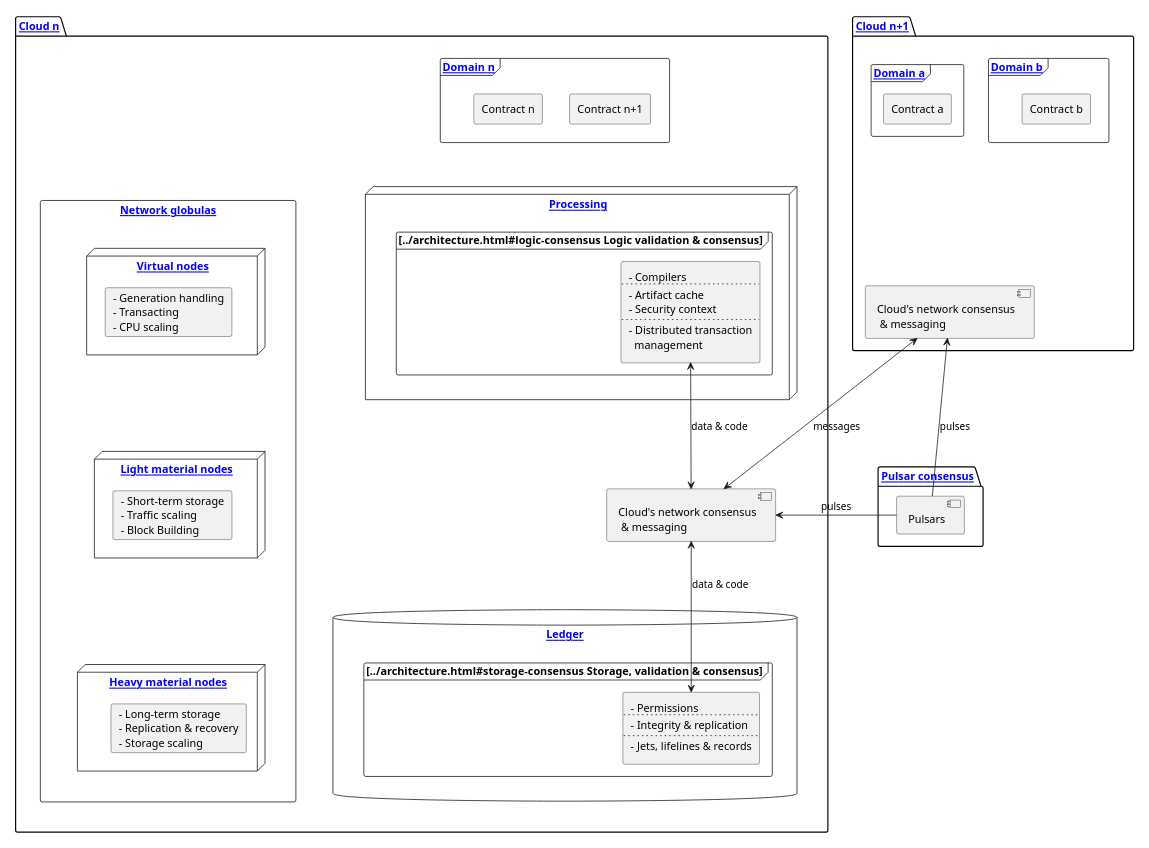
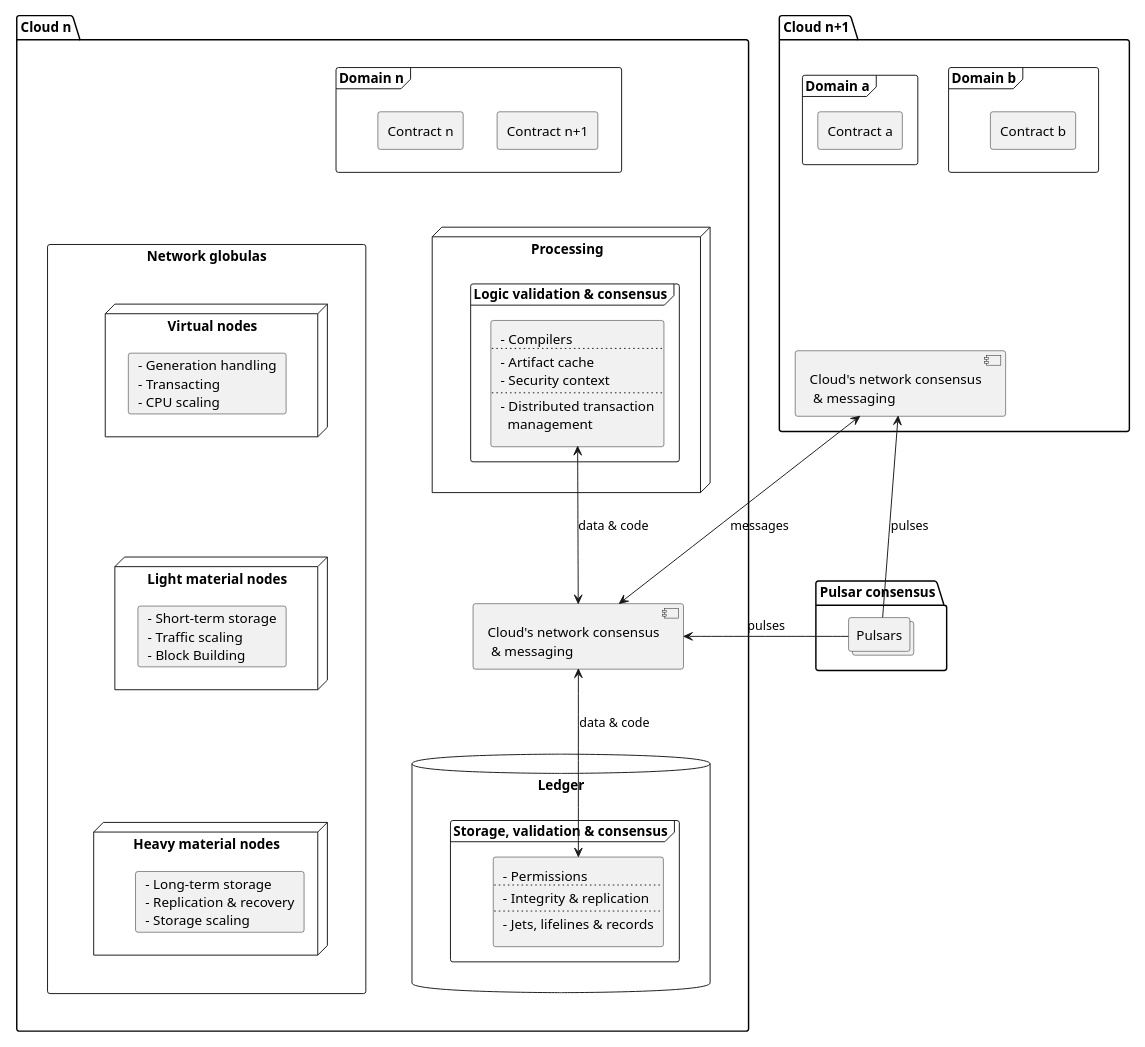
Before and after one commit to sofiayem/rtd-doc-tests: the first of 5 diagrams in docs/source/architecture.rst, drawn with PlantUML. The commit also changed other lines of this file, not shown here.

```diff
--- a/docs/source/architecture.rst
+++ b/docs/source/architecture.rst
@@ -36,43 +36,43 @@
    scale 750 width
    
    together {
-     package "[[../architecture.html#pulsar-consensus Pulsar consensus]]" as pcon {
-       card [Pulsars] [[../architecture.html#pulsars]]
+     package "Pulsar consensus" as pcon [[../architecture.html#pulsar-consensus]] {
+       collections Pulsars [[../architecture.html#pulsars]]
      }
-     package "[[../architecture.html#fed-of-clouds Cloud n+1]]" as cloudnext {
+     package "Cloud n+1" as cloudnext [[../architecture.html#fed-of-clouds]] {
        card [Cloud's network consensus\n & messaging] as nextnet [[../architecture.html#network-consensus]]
-       frame "[[../architecture.html#domains Domain b]]" as domb {
+       frame "Domain b" as domb [[../architecture.html#domains]] {
          rectangle "Contract b" as cntrctb [[../architecture.html#contracts]]
        }
-       frame "[[../architecture.html#domains Domain a]]" as doma {
+       frame "Domain a" as doma [[../architecture.html#domains ]] {
          rectangle "Contract a" as cntrcta [[../architecture.html#contracts]]
        }
        cntrctb -[hidden]d- nextnet
        cntrcta -[hidden]d- nextnet
-       [Pulsars] -u-> nextnet : pulses
+       Pulsars -u-> nextnet : pulses
      }
    }
-   package "[[../architecture.html#fed-of-clouds Cloud n]]" as cloudn {
-       frame "[[../architecture.html#domains Domain n]]" as domn {
+   package "Cloud n" as cloudn [[../architecture.html#fed-of-clouds]] {
+       frame "Domain n" as domn [[../architecture.html#domains]] {
          rectangle "Contract n+1" as cntrctnext [[../architecture.html#contracts]]
          rectangle "Contract n" as cntrctne [[../architecture.html#contracts]]
        }
-       rectangle "[[../architecture.html#globulas Network globulas]]" as globula {
-         node "[[../architecture.html#virtual Virtual nodes]]" as vn {
+       rectangle "Network globulas" as globula [[../architecture.html#globulas]] {
+         node "Virtual nodes" as vn [[../architecture.html#virtual]] {
              card vcard [
                - Generation handling
                - Transacting
                - CPU scaling
              ]
          }
-         node "[[../architecture.html#light-material Light material nodes]]" as ln {
+         node "Light material nodes" as ln [[../architecture.html#light-material]] {
              card lcard [
                - Short-term storage
                - Traffic scaling
                - Block Building
              ]
          }
-         node "[[../architecture.html#heavy-material Heavy material nodes]]" as hn {
+         node "Heavy material nodes" as hn [[../architecture.html#heavy-material]] {
              card hcard [
                - Long-term storage
                - Replication & recovery
@@ -82,8 +82,8 @@
       }
       together {
       card [Cloud's network consensus\n & messaging] as net [[../architecture.html#network-consensus]]
-      database "[[../architecture.html#ledger Ledger]]" as db {
-         frame "[[../architecture.html#storage-consensus Storage, validation & consensus]]" {
+      database "Ledger" as db [[../architecture.html#ledger]] {
+         frame "Storage, validation & consensus" [[../architecture.html#storage-consensus]] {
          rectangle ldgr [
            - Permissions
            ....
@@ -93,8 +93,8 @@
          ]
          }
       }
-      node "[[../architecture.html#execution-validation Processing]]" as process {
-         frame "[[../architecture.html#logic-consensus Logic validation & consensus]]" {
+      node "Processing" as process [[../architecture.html#execution-validation]] {
+         frame "Logic validation & consensus" [[../architecture.html#logic-consensus]] {
          rectangle proc [
            - Compilers
            ....
@@ -117,7 +117,7 @@
       db -[hidden]r- hn
       process -[hidden]d- net
       proc -[hidden]r- vn
-      [Pulsars] -r-> net: pulses
+      Pulsars -r-> net: pulses
       net <-> nextnet : messages
       domb -[hidden]- net
       domb -[hidden]r- domn
```
